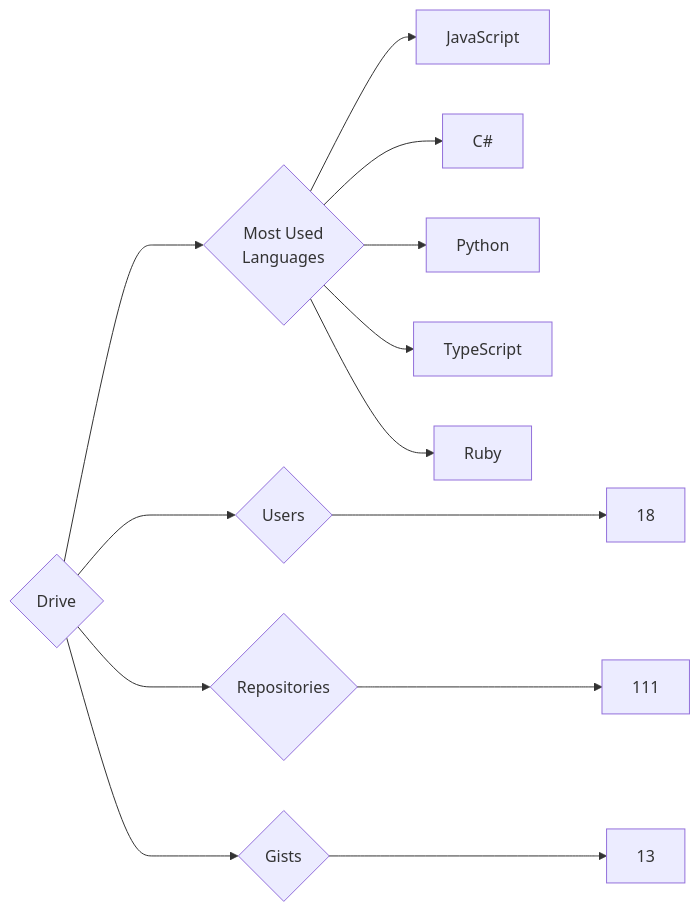
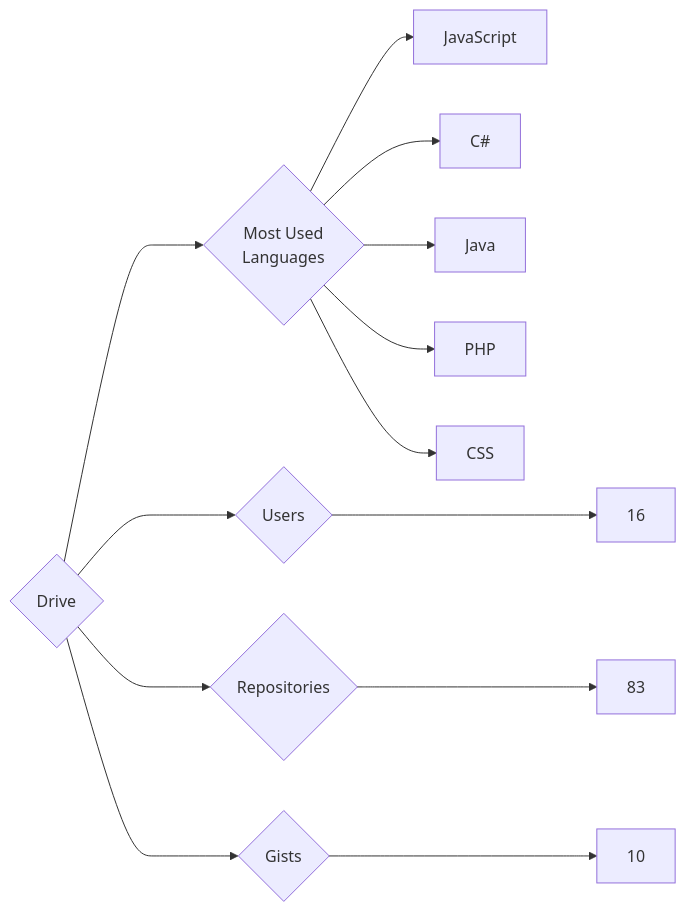
The diagram in targets/Drive/README.md (trickest/insiders), drawn with Mermaid before and after one commit. The commit also changed 757 other files, not shown here.

````diff
--- a/targets/Drive/README.md
+++ b/targets/Drive/README.md
@@ -3,13 +3,13 @@
 ```mermaid
 graph LR
 COMPANY_NAME{Drive}
-COMPANY_NAME ---> U{Users} ---> UN[18]
-COMPANY_NAME ---> R{Repositories} ---> RN[111]
-COMPANY_NAME ---> G{Gists} ---> GN[13]
+COMPANY_NAME ---> U{Users} ---> UN[16]
+COMPANY_NAME ---> R{Repositories} ---> RN[83]
+COMPANY_NAME ---> G{Gists} ---> GN[10]
 COMPANY_NAME ---> ML{Most Used<br>Languages}
 ML --> JavaScript[JavaScript]
 ML --> C#[C#]
-ML --> Python[Python]
-ML --> TypeScript[TypeScript]
-ML --> Ruby[Ruby]
+ML --> Java[Java]
+ML --> PHP[PHP]
+ML --> CSS[CSS]
 ```
````
